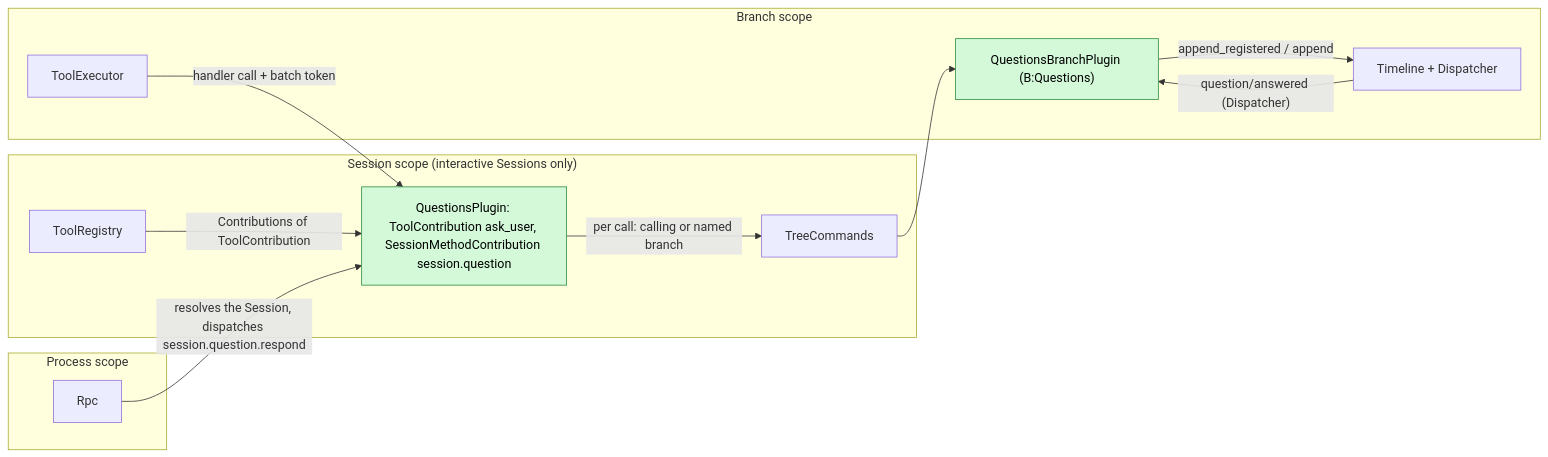
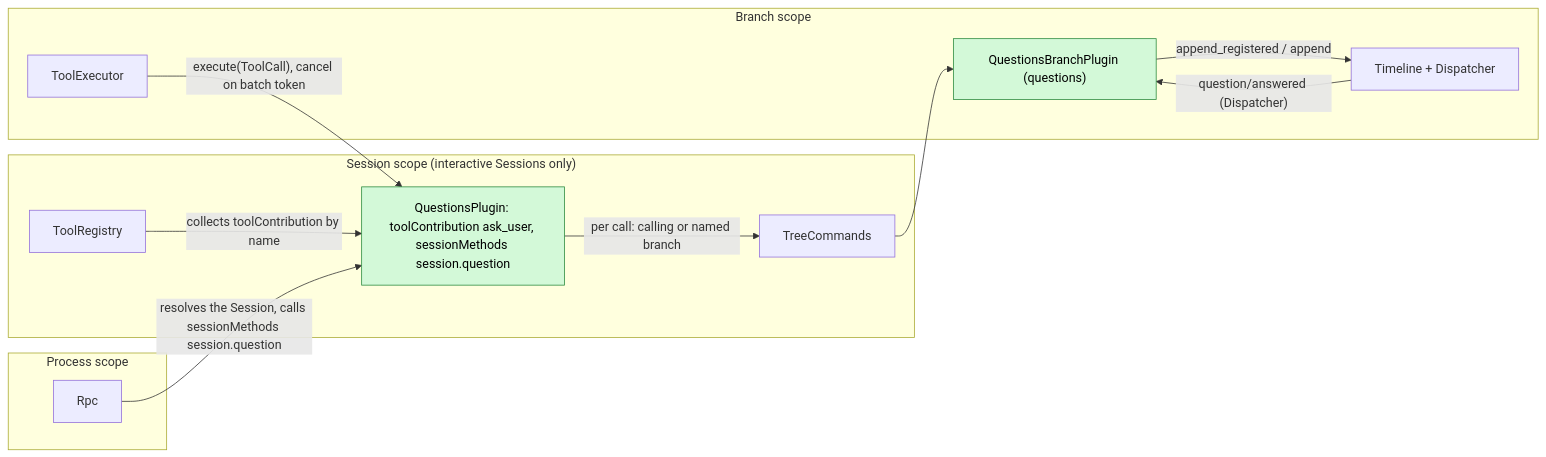
The first of 6 diagrams in docs/design/plugins/Questions.md (CoutinhoTTS/dim-agent), drawn with Mermaid before and after one commit. The commit also changed other lines of this file and 3 other files, not shown here.

````diff
--- a/docs/design/plugins/Questions.md
+++ b/docs/design/plugins/Questions.md
@@ -9,24 +9,24 @@
 ```mermaid
 flowchart LR
   subgraph S["Session scope (interactive Sessions only)"]
-    QS["QuestionsPlugin: ToolContribution ask_user, SessionMethodContribution session.question"]:::new
+    QS["QuestionsPlugin: toolContribution ask_user, sessionMethods session.question"]:::new
     TR["ToolRegistry"]
     TC["TreeCommands"]
   end
   subgraph P["Process scope"]
     RPC["Rpc"]
   end
   subgraph B["Branch scope"]
-    QB["QuestionsBranchPlugin (B:Questions)"]:::new
+    QB["QuestionsBranchPlugin (questions)"]:::new
     TE["ToolExecutor"]
     TL["Timeline + Dispatcher"]
   end
-  TR -- "Contributions of ToolContribution" --> QS
-  RPC -- "resolves the Session, dispatches session.question.respond" --> QS
+  TR -- "collects toolContribution by name" --> QS
+  RPC -- "resolves the Session, calls sessionMethods session.question" --> QS
   QS -- "per call: calling or named branch" --> TC
   TC --> QB
-  TE -- "handler call + batch token" --> QS
+  TE -- "execute(ToolCall), cancel on batch token" --> QS
   QB -- "append_registered / append" --> TL
   TL -- "question/answered (Dispatcher)" --> QB
   classDef new fill:#d3f9d8,stroke:#2b8a3e,color:#000
 ```
````
